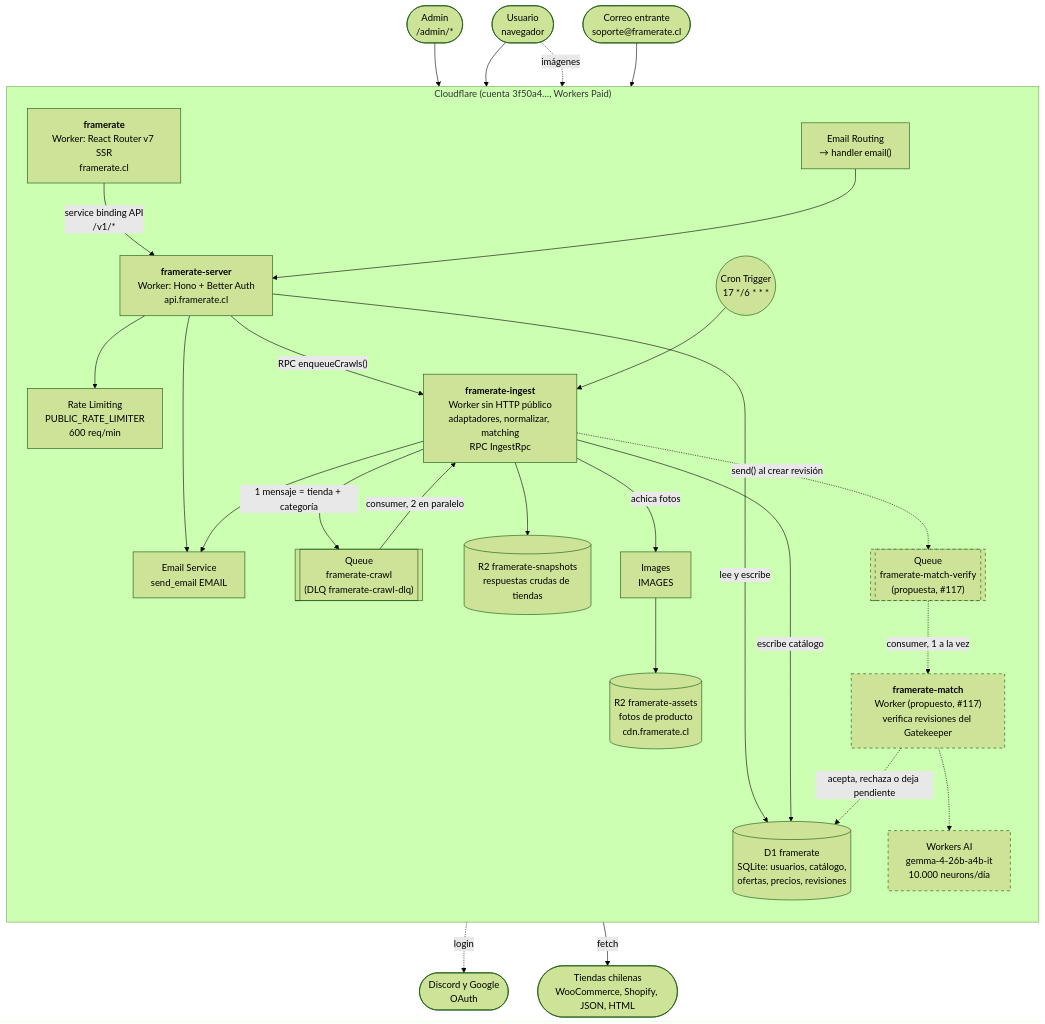
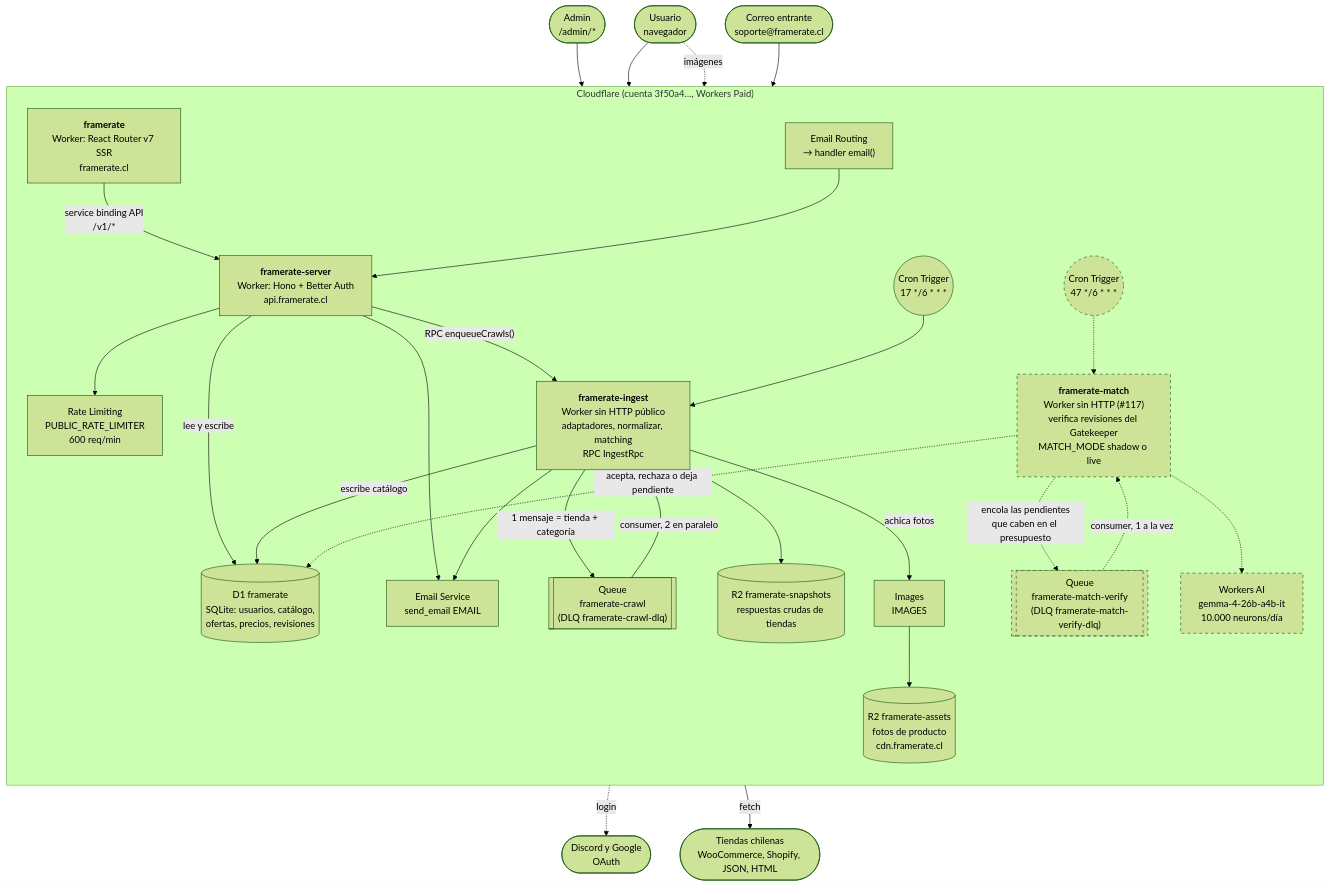
One commit to valentin-marquez/framerate changed the first of 2 diagrams in docs/architecture.md. Above: the diagram before and after it, drawn with Mermaid (forest theme). The commit also changed other lines of this file and 17 other files, not shown here.

First line of the commit message:
feat(match): Worker framerate-match verifica las revisiones del Gatekeeper con Workers AI

````diff
--- a/docs/architecture.md
+++ b/docs/architecture.md
@@ -30,60 +31,62 @@
 ```mermaid
 flowchart TB
   user(["Usuario<br/>navegador"])
   admin(["Admin<br/>/admin/*"])
   mail(["Correo entrante<br/>soporte@framerate.cl"])
   stores(["Tiendas chilenas<br/>WooCommerce, Shopify, JSON, HTML"])
   oauth(["Discord y Google<br/>OAuth"])
 
   subgraph CF["Cloudflare (cuenta 3f50a4…, Workers Paid)"]
     direction TB
 
     web["<b>framerate</b><br/>Worker: React Router v7 SSR<br/>framerate.cl"]
 
     server["<b>framerate-server</b><br/>Worker: Hono + Better Auth<br/>api.framerate.cl"]
     rl["Rate Limiting<br/>PUBLIC_RATE_LIMITER<br/>600 req/min"]
     emailRouting["Email Routing<br/>→ handler email()"]
     emailSend["Email Service<br/>send_email EMAIL"]
 
     cron(("Cron Trigger<br/>17 */6 * * *"))
     crawlQ[["Queue<br/>framerate-crawl<br/>(DLQ framerate-crawl-dlq)"]]
     ingest["<b>framerate-ingest</b><br/>Worker sin HTTP público<br/>adaptadores, normalizar, matching<br/>RPC IngestRpc"]
     images["Images<br/>IMAGES"]
 
     d1[("D1 framerate<br/>SQLite: usuarios, catálogo,<br/>ofertas, precios, revisiones")]
     snap[("R2 framerate-snapshots<br/>respuestas crudas de tiendas")]
     assets[("R2 framerate-assets<br/>fotos de producto<br/>cdn.framerate.cl")]
 
-    matchQ[["Queue<br/>framerate-match-verify<br/>(propuesta, #117)"]]
-    match["<b>framerate-match</b><br/>Worker (propuesto, #117)<br/>verifica revisiones del Gatekeeper"]
+    matchCron(("Cron Trigger<br/>47 */6 * * *"))
+    matchQ[["Queue<br/>framerate-match-verify<br/>(DLQ framerate-match-verify-dlq)"]]
+    match["<b>framerate-match</b><br/>Worker sin HTTP (#117)<br/>verifica revisiones del Gatekeeper<br/>MATCH_MODE shadow o live"]
     ai["Workers AI<br/>gemma-4-26b-a4b-it<br/>10.000 neurons/día"]
   end
 
   user --> web
   admin --> web
   web -- "service binding API<br/>/v1/*" --> server
   server --> rl
   server -- "lee y escribe" --> d1
   server -- "RPC enqueueCrawls()" --> ingest
   server --> emailSend
   server -. "login" .-> oauth
   mail --> emailRouting --> server
 
   cron --> ingest
   ingest -- "1 mensaje = tienda + categoría" --> crawlQ
   crawlQ -- "consumer, 2 en paralelo" --> ingest
   ingest -- "fetch" --> stores
   ingest -- "escribe catálogo" --> d1
   ingest --> snap
   ingest -- "achica fotos" --> images --> assets
   ingest --> emailSend
   user -. "imágenes" .-> assets
 
-  ingest -. "send() al crear revisión" .-> matchQ
+  matchCron -.-> match
+  match -. "encola las pendientes<br/>que caben en el presupuesto" .-> matchQ
   matchQ -. "consumer, 1 a la vez" .-> match
   match -.-> ai
   match -. "acepta, rechaza o deja pendiente" .-> d1
 
   classDef proposed stroke-dasharray: 5 5
-  class matchQ,match,ai proposed
+  class matchCron,matchQ,match,ai proposed
 ```
````
